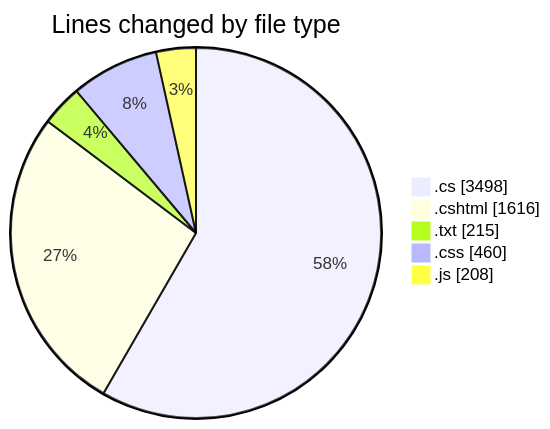
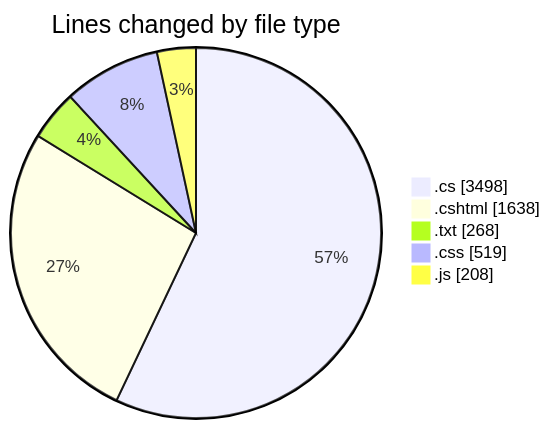
The first of 2 diagrams in 2025-07-28/quanlyrapchieuphim-1/README.md (lephambinh05/code-tracking), drawn with Mermaid before and after one commit. The commit also changed other lines of this file and 1 other file, not shown here.

````diff
--- a/2025-07-28/quanlyrapchieuphim-1/README.md
+++ b/2025-07-28/quanlyrapchieuphim-1/README.md
@@ -36,9 +36,9 @@
 ```mermaid
 pie showData
 title Lines changed by file type
 ".cs" : 3498
-".cshtml" : 1616
-".txt" : 215
-".css" : 460
+".cshtml" : 1638
+".txt" : 268
+".css" : 519
 ".js" : 208
 ```
````
